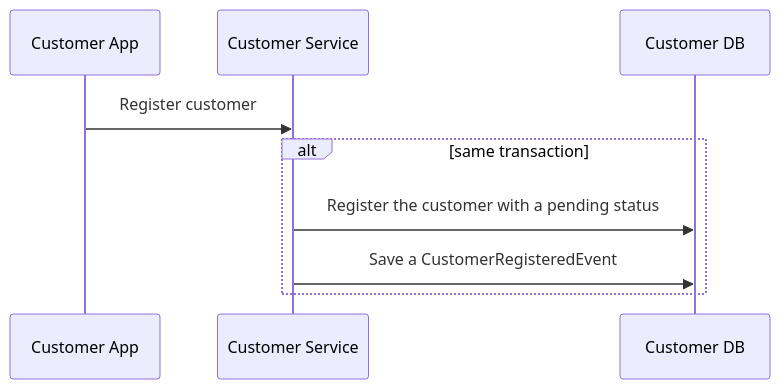
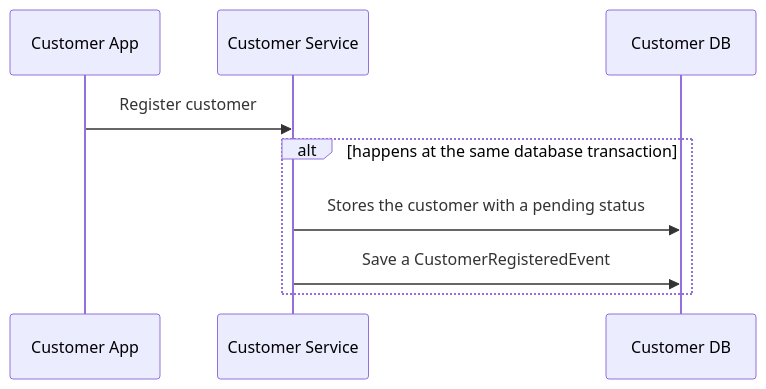
One commit to hehehenri/money-transaction-system changed the first of 2 diagrams in README.md. Above: the diagram before and after it, drawn with Mermaid. The commit also changed other lines of this file, not shown here.

````diff
--- a/README.md
+++ b/README.md
@@ -25,8 +7,8 @@
 ```mermaid
 sequenceDiagram
 Customer App->>Customer Service: Register customer
-alt same transaction
-Customer Service->>Customer DB: Register the customer with a pending status
+alt happens at the same database transaction
+Customer Service->>Customer DB: Stores the customer with a pending status
 Customer Service->>Customer DB: Save a CustomerRegisteredEvent
 end
 ```
````
